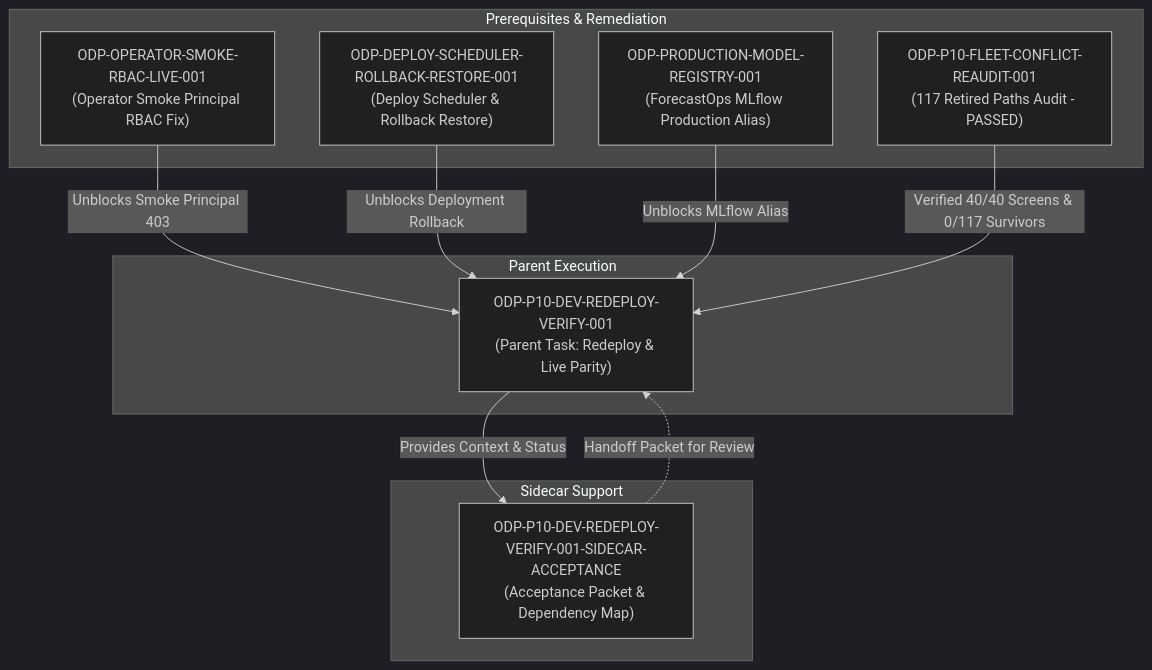
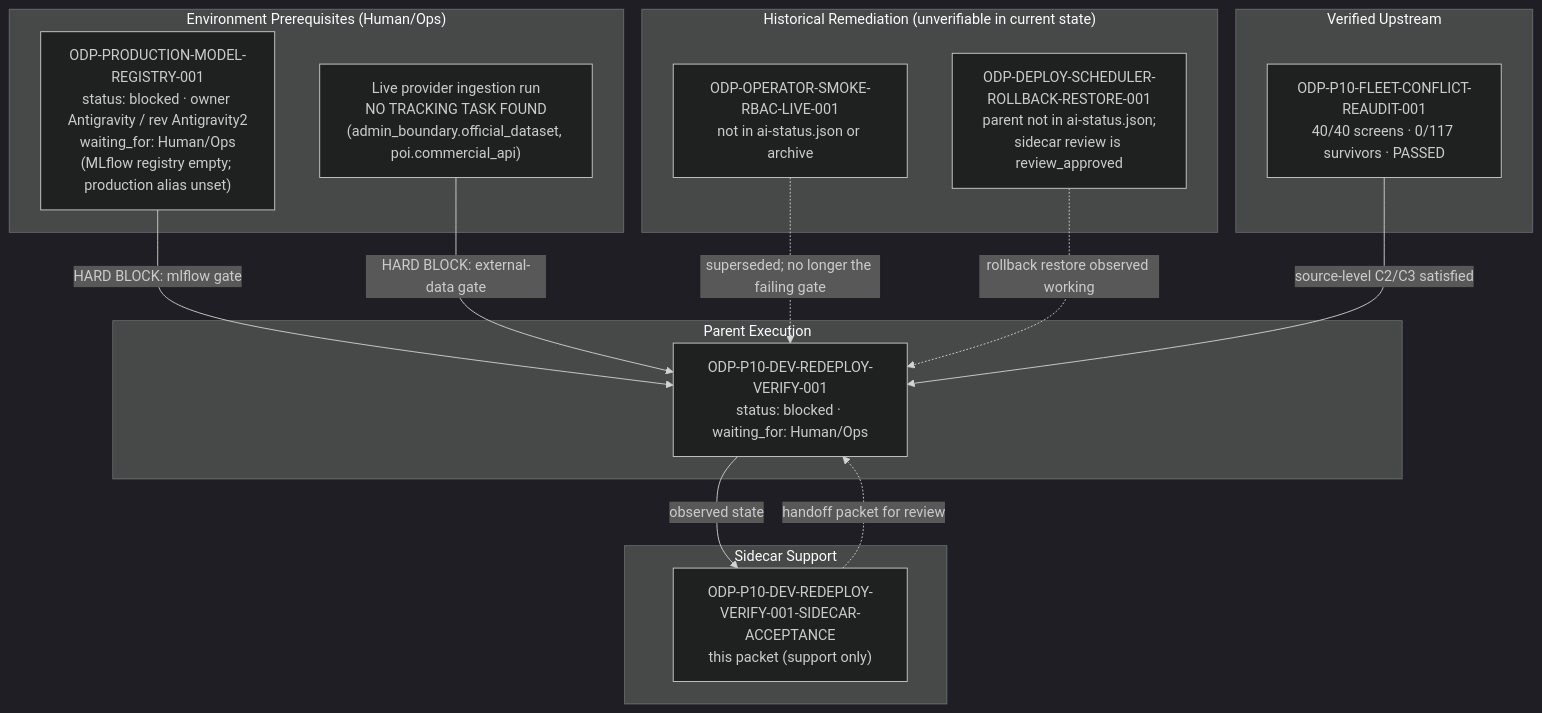
Before and after one commit to alfloop-dev/odayplus: the diagram in support/sidecars/ODP-P10-DEV-REDEPLOY-VERIFY-001/ODP-P10-DEV-REDEPLOY-VERIFY-001-SIDECAR-ACCEPTANCE.md, drawn with Mermaid (dark theme). The commit also changed other lines of this file, not shown here.

First line of the commit message:
ODP-P10-DEV-REDEPLOY-VERIFY-001-SIDECAR-ACCEPTANCE: refresh acceptance packet

````diff
--- a/support/sidecars/ODP-P10-DEV-REDEPLOY-VERIFY-001/ODP-P10-DEV-REDEPLOY-VERIFY-001-SIDECAR-ACCEPTANCE.md
+++ b/support/sidecars/ODP-P10-DEV-REDEPLOY-VERIFY-001/ODP-P10-DEV-REDEPLOY-VERIFY-001-SIDECAR-ACCEPTANCE.md
@@ -101,25 +197,32 @@
 ```mermaid
 graph TD
-    subgraph Prerequisites & Remediation
-        R1["ODP-OPERATOR-SMOKE-RBAC-LIVE-001<br/>(Operator Smoke Principal RBAC Fix)"]
-        R2["ODP-DEPLOY-SCHEDULER-ROLLBACK-RESTORE-001<br/>(Deploy Scheduler & Rollback Restore)"]
-        R3["ODP-PRODUCTION-MODEL-REGISTRY-001<br/>(ForecastOps MLflow Production Alias)"]
-        A1["ODP-P10-FLEET-CONFLICT-REAUDIT-001<br/>(117 Retired Paths Audit - PASSED)"]
+    subgraph "Environment Prerequisites (Human/Ops)"
+        R3["ODP-PRODUCTION-MODEL-REGISTRY-001<br/>status: blocked · owner Antigravity / rev Antigravity2<br/>waiting_for: Human/Ops<br/>(MLflow registry empty; production alias unset)"]
+        R4["Live provider ingestion run<br/>NO TRACKING TASK FOUND<br/>(admin_boundary.official_dataset, poi.commercial_api)"]
     end
 
-    subgraph Parent Execution
-        P1["ODP-P10-DEV-REDEPLOY-VERIFY-001<br/>(Parent Task: Redeploy & Live Parity)"]
+    subgraph "Historical Remediation (unverifiable in current state)"
+        R1["ODP-OPERATOR-SMOKE-RBAC-LIVE-001<br/>not in ai-status.json or archive"]
+        R2["ODP-DEPLOY-SCHEDULER-ROLLBACK-RESTORE-001<br/>parent not in ai-status.json;<br/>sidecar review is review_approved"]
     end
 
-    subgraph Sidecar Support
-        S1["ODP-P10-DEV-REDEPLOY-VERIFY-001-SIDECAR-ACCEPTANCE<br/>(Acceptance Packet & Dependency Map)"]
+    subgraph "Verified Upstream"
+        A1["ODP-P10-FLEET-CONFLICT-REAUDIT-001<br/>40/40 screens · 0/117 survivors · PASSED"]
     end
 
-    R1 -->|Unblocks Smoke Principal 403| P1
-    R2 -->|Unblocks Deployment Rollback| P1
-    R3 -->|Unblocks MLflow Alias| P1
-    A1 -->|Verified 40/40 Screens & 0/117 Survivors| P1
+    subgraph "Parent Execution"
+        P1["ODP-P10-DEV-REDEPLOY-VERIFY-001<br/>status: blocked · waiting_for: Human/Ops"]
+    end
 
-    P1 -->|Provides Context & Status| S1
-    S1 -.->|Handoff Packet for Review| P1
+    subgraph "Sidecar Support"
+        S1["ODP-P10-DEV-REDEPLOY-VERIFY-001-SIDECAR-ACCEPTANCE<br/>this packet (support only)"]
+    end
+
+    R3 -->|"HARD BLOCK: mlflow gate"| P1
+    R4 -->|"HARD BLOCK: external-data gate"| P1
+    R1 -.->|"superseded; no longer the failing gate"| P1
+    R2 -.->|"rollback restore observed working"| P1
+    A1 -->|"source-level C2/C3 satisfied"| P1
+    P1 -->|"observed state"| S1
+    S1 -.->|"handoff packet for review"| P1
 ```
````
